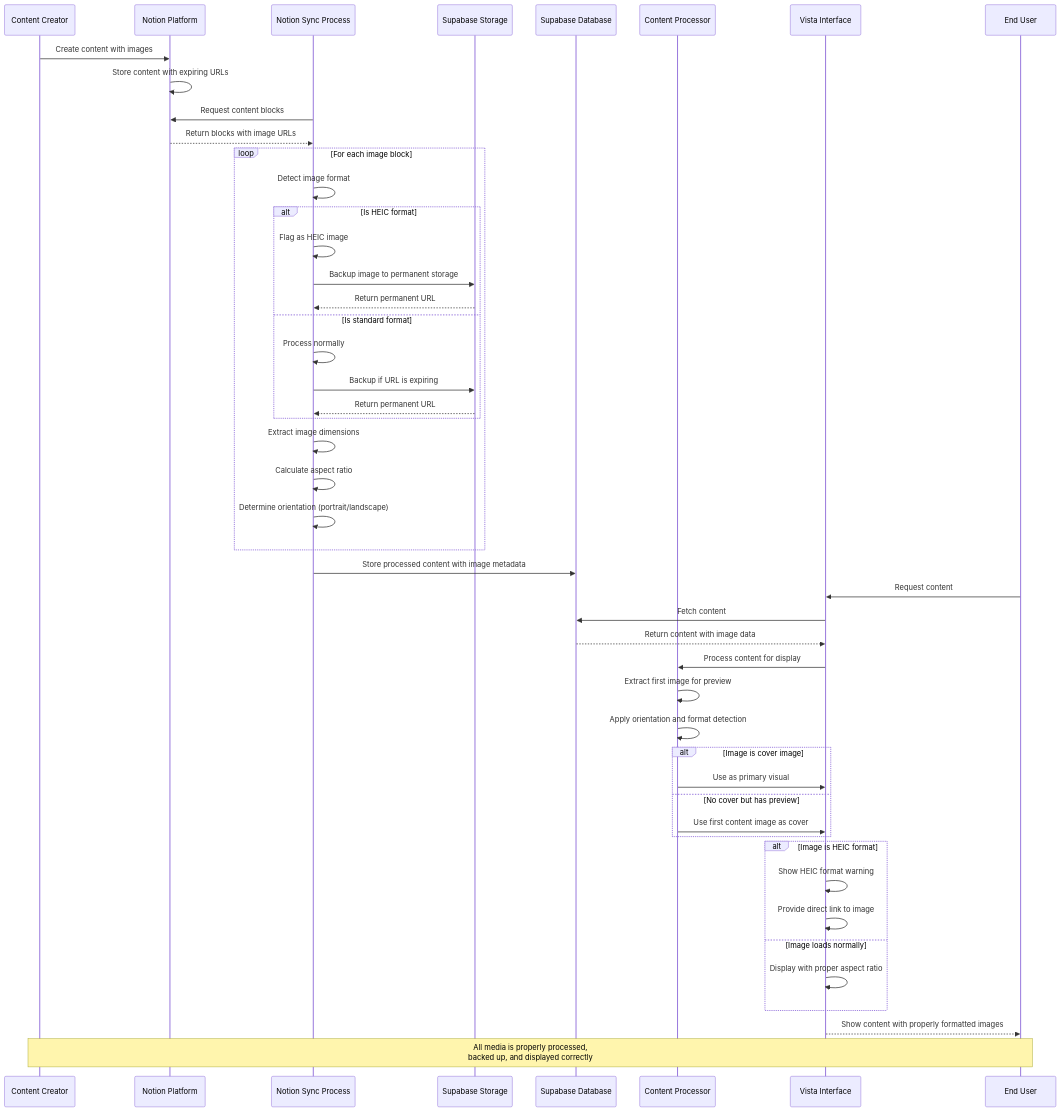
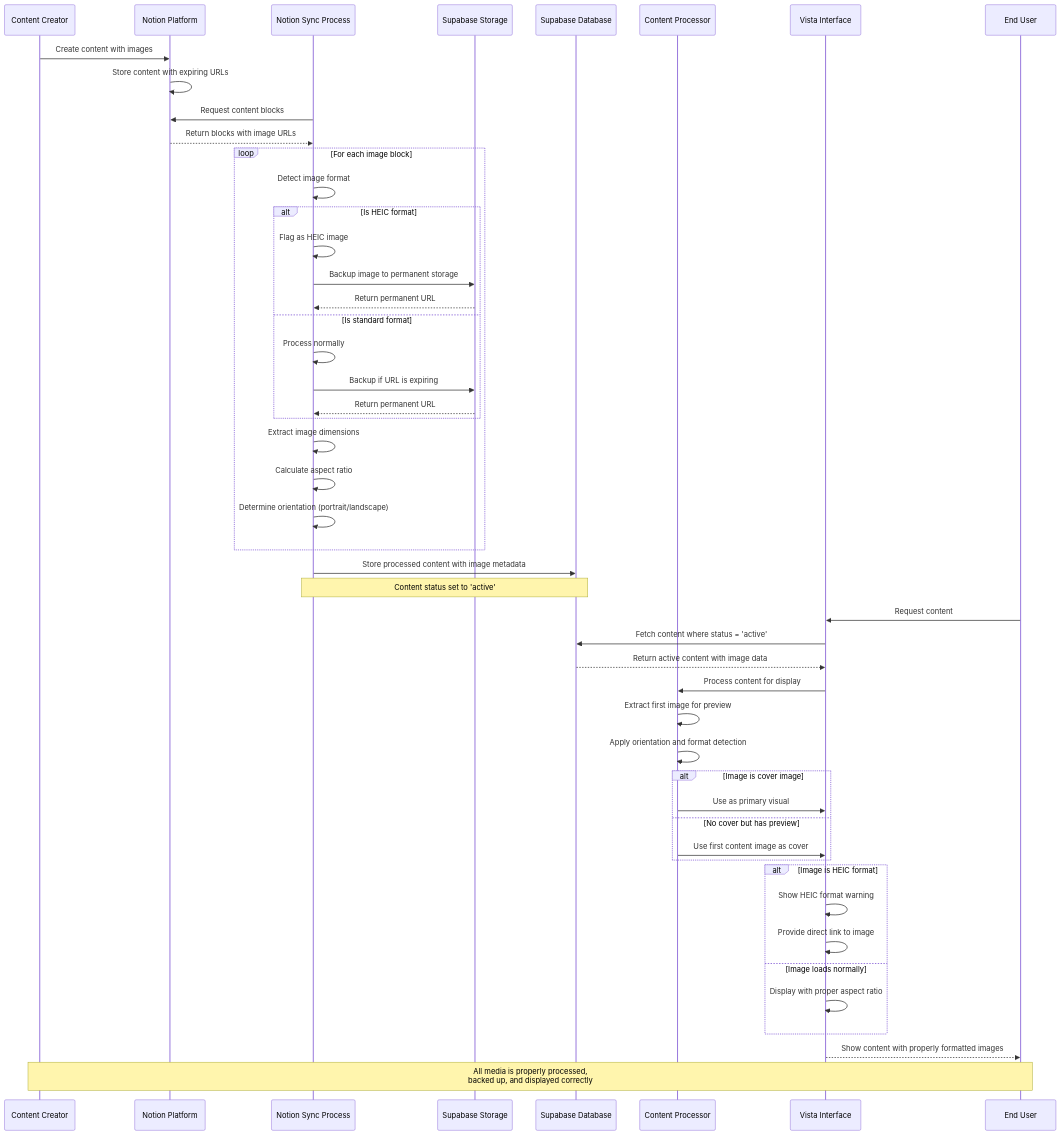
The eighth of 8 diagrams in docs/SEQUENCE_DIAGRAMS.md (quinticechen/vista), drawn with Mermaid before and after one commit. The commit also changed other lines of this file and 2 other files, not shown here.

````diff
--- a/docs/SEQUENCE_DIAGRAMS.md
+++ b/docs/SEQUENCE_DIAGRAMS.md
@@ -337,61 +422,62 @@
 ```mermaid
 sequenceDiagram
     participant Creator as Content Creator
     participant Notion as Notion Platform
     participant Sync as Notion Sync Process
     participant Storage as Supabase Storage
     participant DB as Supabase Database
     participant Processor as Content Processor
     participant UI as Vista Interface
     participant User as End User
 
     Creator->>Notion: Create content with images
     Notion->>Notion: Store content with expiring URLs
     
     Sync->>Notion: Request content blocks
     Notion-->>Sync: Return blocks with image URLs
     
     loop For each image block
         Sync->>Sync: Detect image format
         alt Is HEIC format
             Sync->>Sync: Flag as HEIC image
             Sync->>Storage: Backup image to permanent storage
             Storage-->>Sync: Return permanent URL
         else Is standard format
             Sync->>Sync: Process normally
             Sync->>Storage: Backup if URL is expiring
             Storage-->>Sync: Return permanent URL
         end
         
         Sync->>Sync: Extract image dimensions
         Sync->>Sync: Calculate aspect ratio
         Sync->>Sync: Determine orientation (portrait/landscape)
     end
     
     Sync->>DB: Store processed content with image metadata
+    Note over Sync,DB: Content status set to 'active'
     
     User->>UI: Request content
-    UI->>DB: Fetch content
-    DB-->>UI: Return content with image data
+    UI->>DB: Fetch content where status = 'active'
+    DB-->>UI: Return active content with image data
     
     UI->>Processor: Process content for display
     Processor->>Processor: Extract first image for preview
     Processor->>Processor: Apply orientation and format detection
     
     alt Image is cover image
         Processor->>UI: Use as primary visual
     else No cover but has preview
         Processor->>UI: Use first content image as cover
     end
     
     alt Image is HEIC format
         UI->>UI: Show HEIC format warning
         UI->>UI: Provide direct link to image
     else Image loads normally
         UI->>UI: Display with proper aspect ratio
     end
     
     UI-->>User: Show content with properly formatted images
     
     Note over Creator,User: All media is properly processed,<br/>backed up, and displayed correctly
 ```
````
